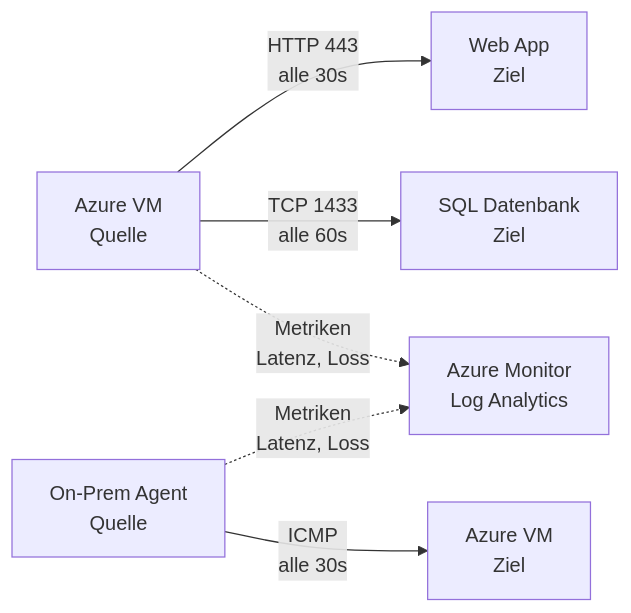
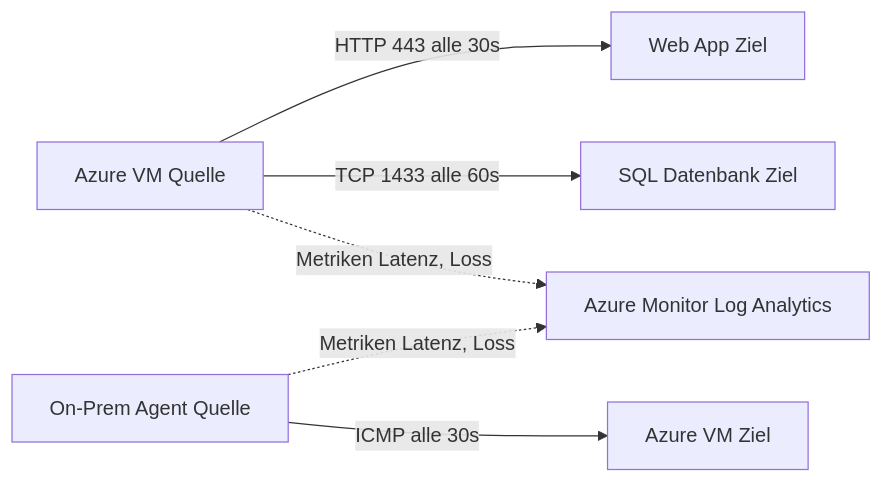
The second of 7 diagrams in Microsoft 365/Azure/Netzwerk/Azure Network Watcher.md (SoniiiT/notes-n-docs), drawn with Mermaid before and after one commit. The commit also changed other lines of this file and 124 other files, not shown here.

First line of the commit message:
fix: Entferne \n aus allen Mermaid-Diagrammen (125 Dateien)

````diff
--- a/Microsoft 365/Azure/Netzwerk/Azure Network Watcher.md
+++ b/Microsoft 365/Azure/Netzwerk/Azure Network Watcher.md
@@ -51,8 +51,8 @@
 ```mermaid
 graph LR
-    SRC1[Azure VM\nQuelle] -->|HTTP 443\nalle 30s| DEST1[Web App\nZiel]
-    SRC1 -->|TCP 1433\nalle 60s| DEST2[SQL Datenbank\nZiel]
-    SRC2[On-Prem Agent\nQuelle] -->|ICMP\nalle 30s| DEST3[Azure VM\nZiel]
+    SRC1[Azure VM Quelle] -->|HTTP 443 alle 30s| DEST1[Web App Ziel]
+    SRC1 -->|TCP 1433 alle 60s| DEST2[SQL Datenbank Ziel]
+    SRC2[On-Prem Agent Quelle] -->|ICMP alle 30s| DEST3[Azure VM Ziel]
     
-    SRC1 & SRC2 -.->|Metriken\nLatenz, Loss| MONITOR[Azure Monitor\nLog Analytics]
+    SRC1 & SRC2 -.->|Metriken Latenz, Loss| MONITOR[Azure Monitor Log Analytics]
 ```
````
